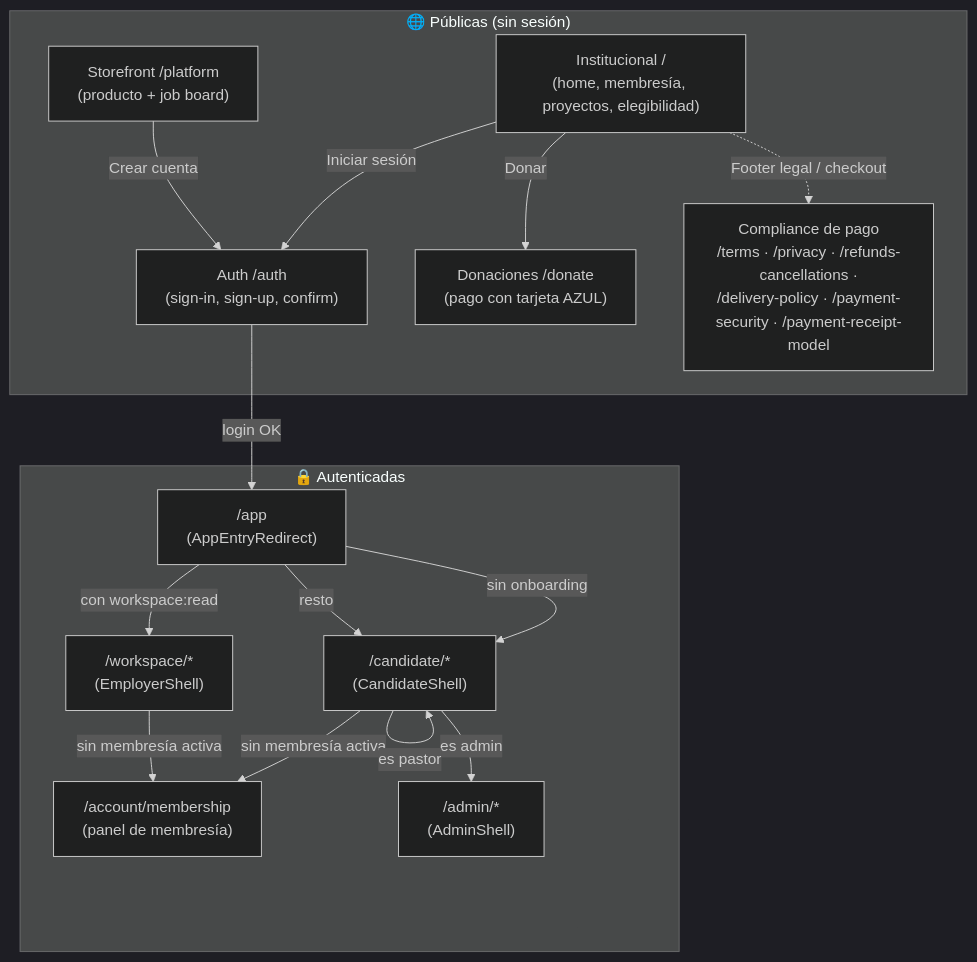
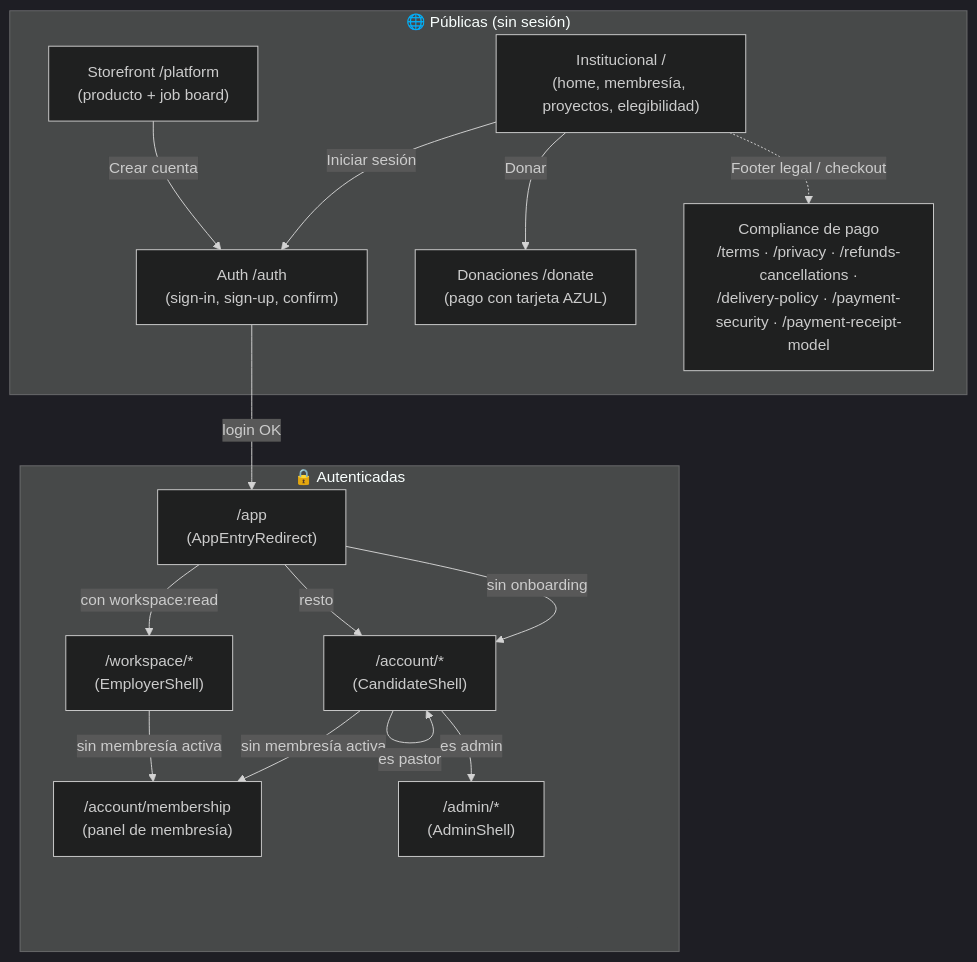
Before and after one commit to EdgarJr30/asi_do: the first of 23 diagrams in docs/architecture/plataforma-flujograma.md, drawn with Mermaid (dark theme). The commit also changed other lines of this file and 32 other files, not shown here.

````diff
--- a/docs/architecture/plataforma-flujograma.md
+++ b/docs/architecture/plataforma-flujograma.md
@@ -47,31 +47,31 @@
 ```mermaid
 flowchart TB
     subgraph PUB["🌐 Públicas (sin sesión)"]
         INST["Institucional /<br/>(home, membresía, proyectos, elegibilidad)"]
         STORE["Storefront /platform<br/>(producto + job board)"]
         AUTH["Auth /auth<br/>(sign-in, sign-up, confirm)"]
         DONATE["Donaciones /donate<br/>(pago con tarjeta AZUL)"]
         LEGAL["Compliance de pago<br/>/terms · /privacy · /refunds-cancellations ·<br/>/delivery-policy · /payment-security · /payment-receipt-model"]
     end
 
     subgraph AUTHED["🔒 Autenticadas"]
         ENTRY["/app<br/>(AppEntryRedirect)"]
         MEMB["/account/membership<br/>(panel de membresía)"]
-        CAND["/candidate/*<br/>(CandidateShell)"]
+        CAND["/account/*<br/>(CandidateShell)"]
         WORK["/workspace/*<br/>(EmployerShell)"]
         ADMIN["/admin/*<br/>(AdminShell)"]
     end
 
     INST -->|"Iniciar sesión"| AUTH
     INST -->|"Donar"| DONATE
     INST -.->|"Footer legal / checkout"| LEGAL
     STORE -->|"Crear cuenta"| AUTH
     AUTH -->|"login OK"| ENTRY
     ENTRY -->|"sin onboarding"| CAND
     ENTRY -->|"con workspace:read"| WORK
     ENTRY -->|"resto"| CAND
     CAND -->|"sin membresía activa"| MEMB
     WORK -->|"sin membresía activa"| MEMB
     CAND -->|"es admin"| ADMIN
     CAND -->|"es pastor"| CAND
 ```
````
